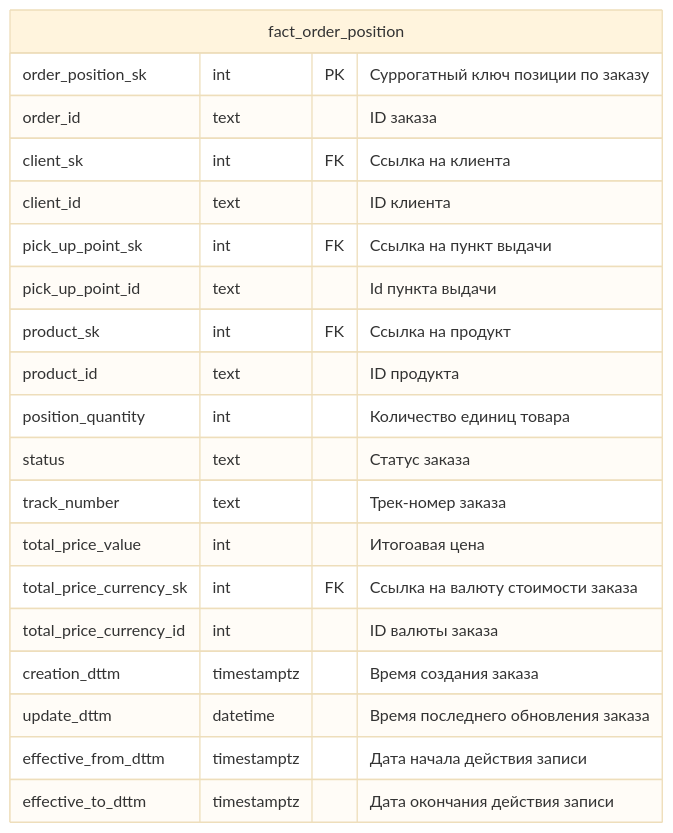
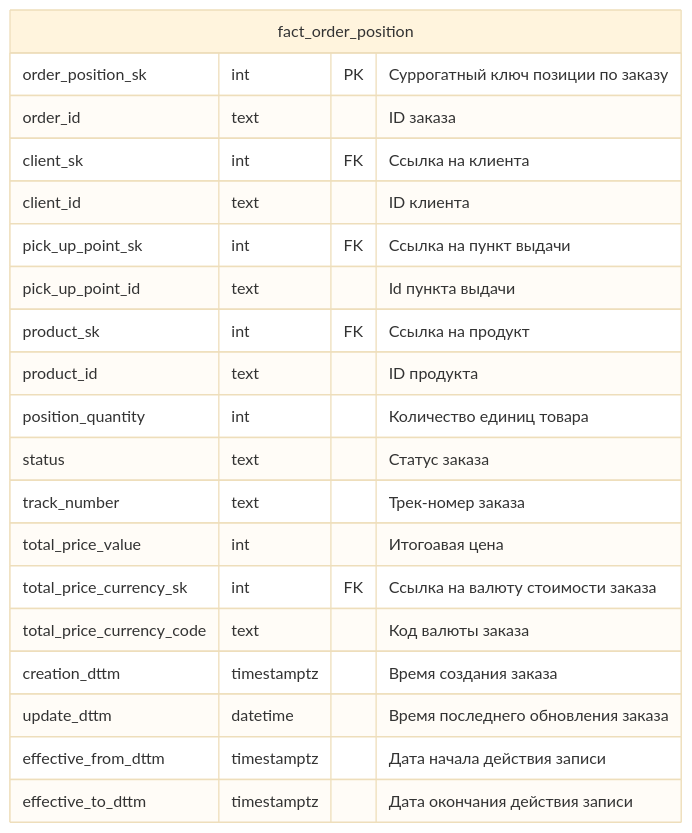
Before and after one commit to vgorbikov/dq-practice: the sixth of 9 diagrams in docs/db_schema/Базовые ввитрины.md, drawn with Mermaid (base theme). The commit also changed other lines of this file and 2 other files, not shown here.

Commit message:
fix db-schema

````diff
--- a/docs/db_schema/Базовые ввитрины.md
+++ b/docs/db_schema/Базовые ввитрины.md
@@ -132,24 +130,24 @@
 ```mermaid
 erDiagram
 
 fact_order_position {
     order_position_sk int PK "Суррогатный ключ позиции по заказу"
     order_id text "ID заказа"
     client_sk int FK "Ссылка на клиента"
     client_id text "ID клиента"
     pick_up_point_sk int FK "Ссылка на пункт выдачи"
     pick_up_point_id text "Id пункта выдачи"
     product_sk int FK "Ссылка на продукт"
     product_id text "ID продукта"
     position_quantity int "Количество единиц товара"
     status text "Статус заказа"
     track_number text "Трек-номер заказа"
     total_price_value int "Итогоавая цена"
     total_price_currency_sk int FK "Ссылка на валюту стоимости заказа"
-    total_price_currency_id int "ID валюты заказа"
+    total_price_currency_code text "Код валюты заказа"
     creation_dttm timestamptz "Время создания заказа"
     update_dttm datetime "Время последнего обновления заказа"
     effective_from_dttm timestamptz "Дата начала действия записи"
     effective_to_dttm timestamptz "Дата окончания действия записи"
 }
 ```
````
